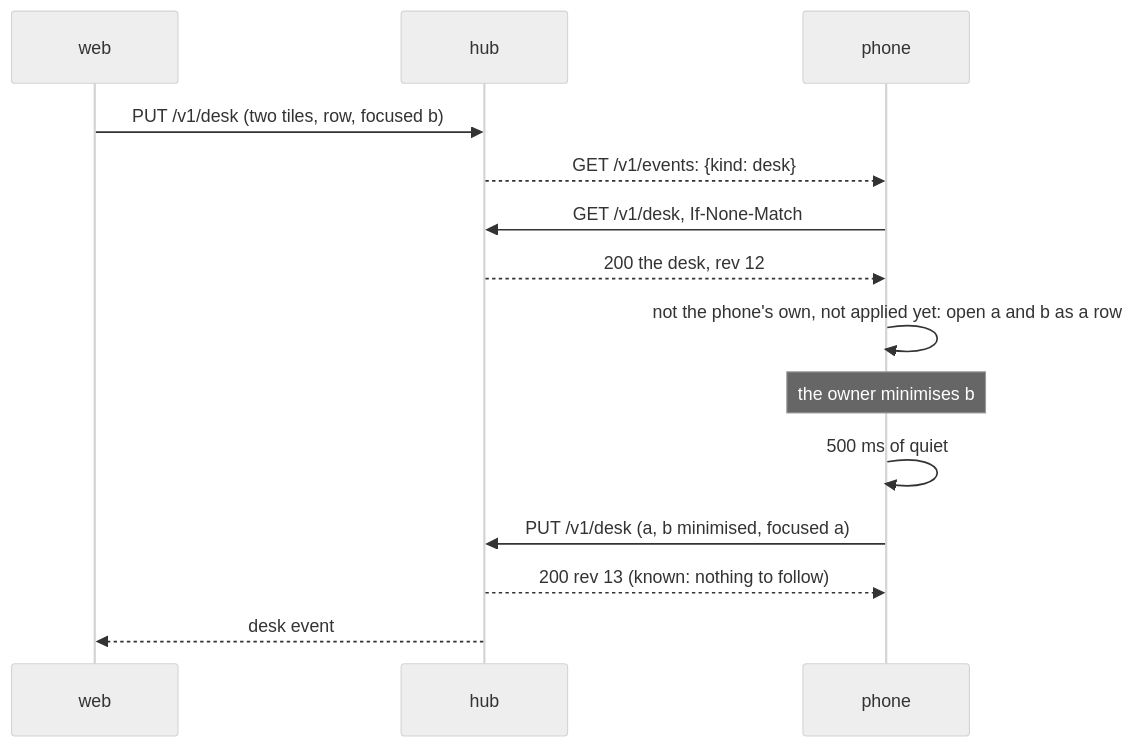
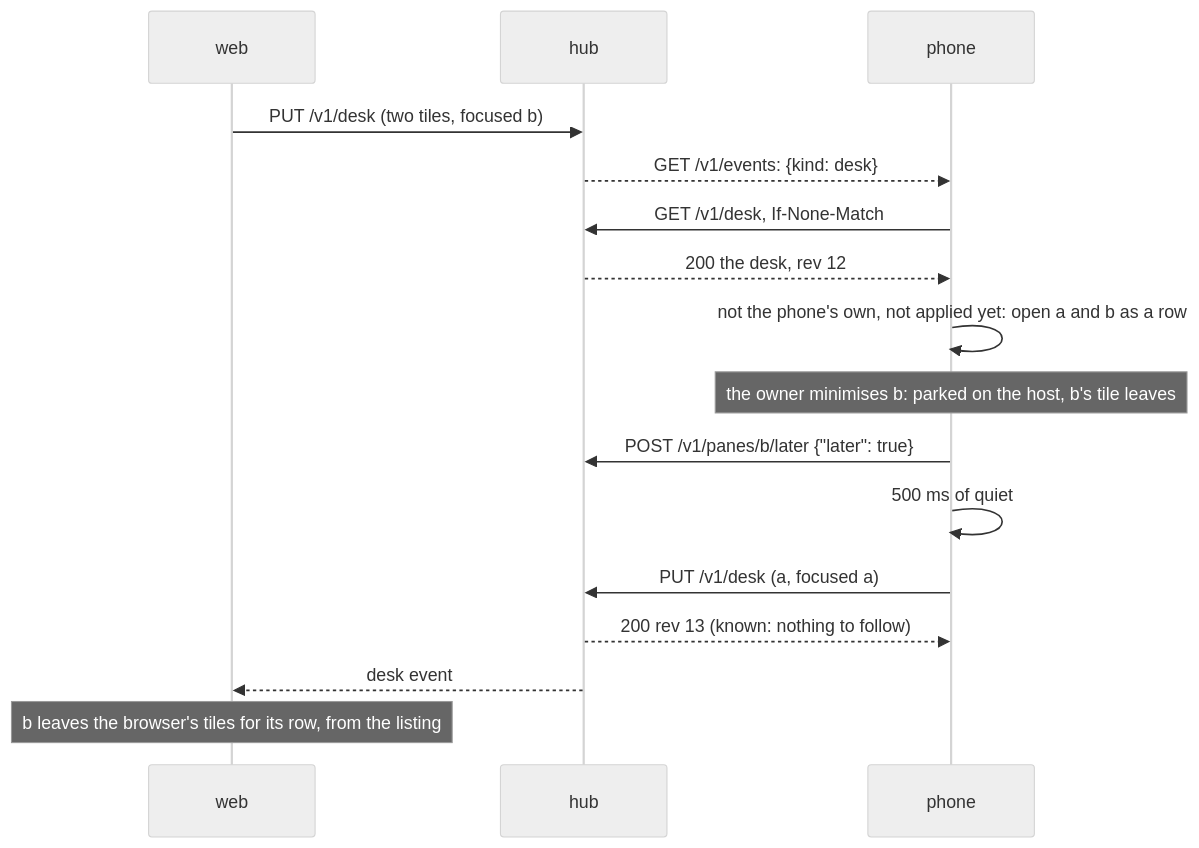
One commit to notmarkopadjen/muxway-android changed the diagram in docs/features/desk.md. Above: the diagram before and after it, drawn with Mermaid (neutral theme). The commit also changed other lines of this file and 16 other files, not shown here.

First line of the commit message:
App 0.25.0 (59): minimise is later, the row is the listing's parked panes, the menu's later goes

````diff
--- a/docs/features/desk.md
+++ b/docs/features/desk.md
@@ -63,16 +61,18 @@
 ```mermaid
 sequenceDiagram
     participant W as web
     participant H as hub
     participant P as phone
-    W->>H: PUT /v1/desk (two tiles, row, focused b)
+    W->>H: PUT /v1/desk (two tiles, focused b)
     H-->>P: GET /v1/events: {kind: desk}
     P->>H: GET /v1/desk, If-None-Match
     H-->>P: 200 the desk, rev 12
     P->>P: not the phone's own, not applied yet: open a and b as a row
-    Note over P: the owner minimises b
+    Note over P: the owner minimises b: parked on the host, b's tile leaves
+    P->>H: POST /v1/panes/b/later {"later": true}
     P->>P: 500 ms of quiet
-    P->>H: PUT /v1/desk (a, b minimised, focused a)
+    P->>H: PUT /v1/desk (a, focused a)
     H-->>P: 200 rev 13 (known: nothing to follow)
     H-->>W: desk event
+    Note over W: b leaves the browser's tiles for its row, from the listing
 ```
````
